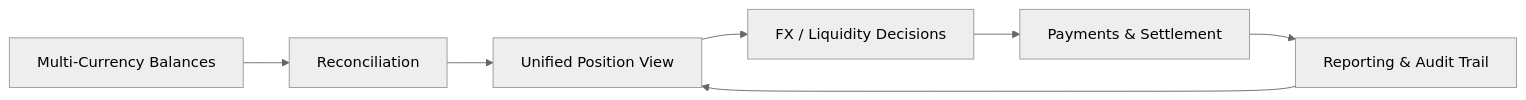
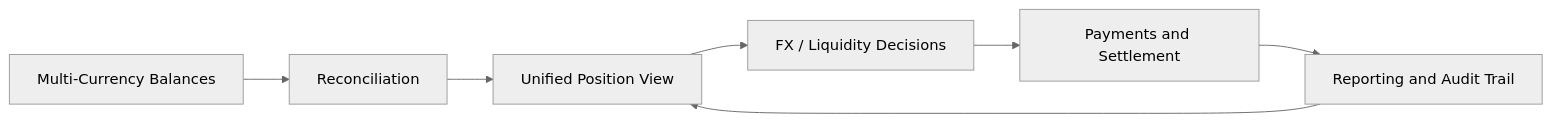
One commit to arasghorbani9090-web/orveda-pay changed the fifth of 7 diagrams in README.md. Above: the diagram before and after it, drawn with Mermaid (neutral theme). The commit also changed other lines of this file and 2 other files, not shown here.

````diff
--- a/README.md
+++ b/README.md
@@ -205,9 +233,9 @@
 ```mermaid
 flowchart LR
     Bal[Multi-Currency Balances] --> Recon[Reconciliation]
     Recon --> Pos[Unified Position View]
     Pos --> FX[FX / Liquidity Decisions]
-    FX --> Pay[Payments &amp; Settlement]
-    Pay --> Report[Reporting &amp; Audit Trail]
+    FX --> Pay[Payments and Settlement]
+    Pay --> Report[Reporting and Audit Trail]
     Report --> Pos
 ```
````
